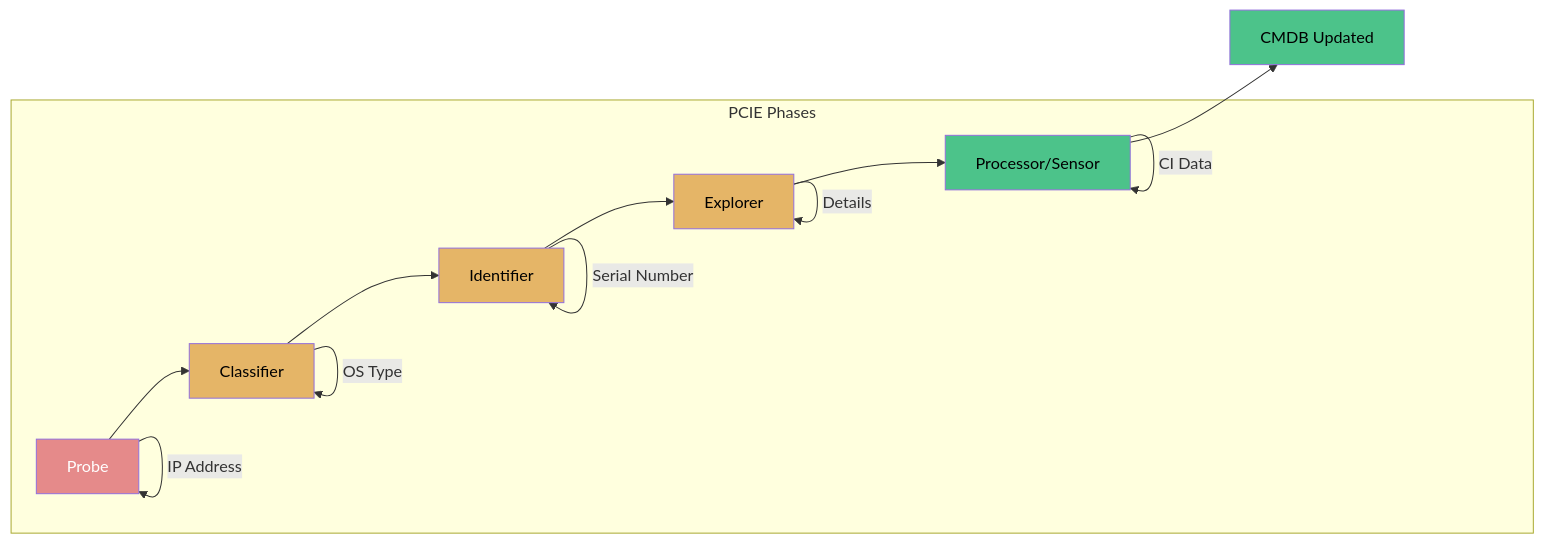
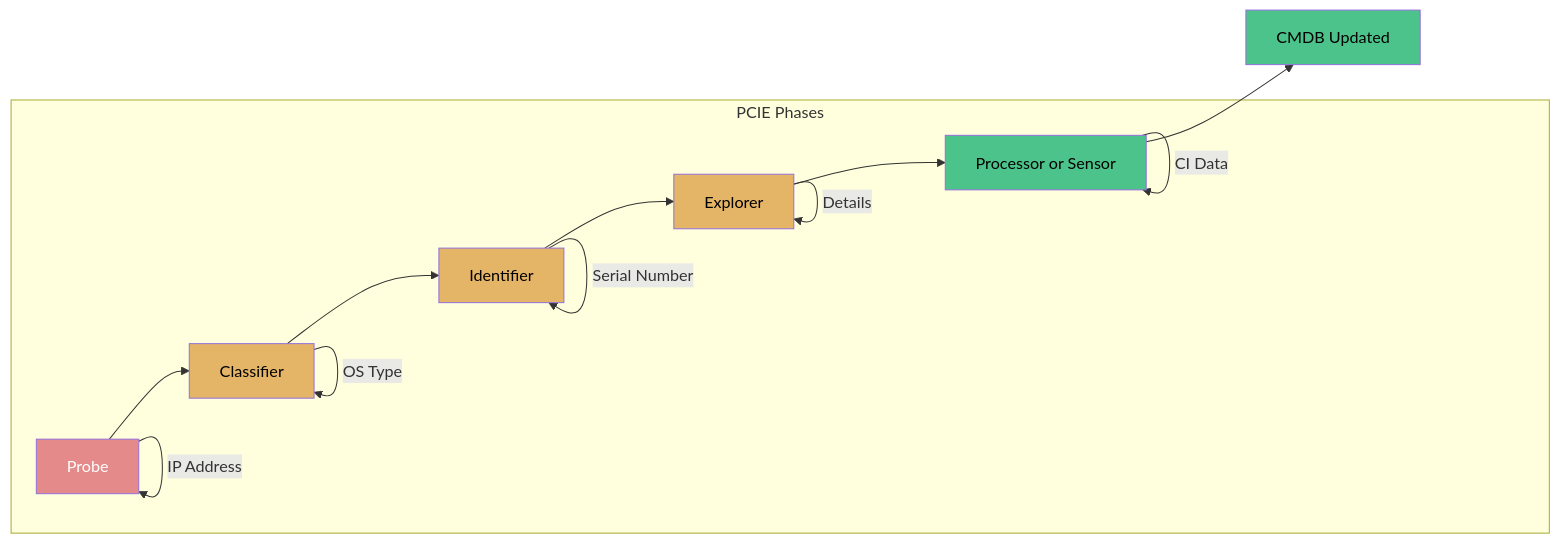
Before and after one commit to eltonaguiar/ServiceNow_Learning_TSOM-_CSM_FSM_SalesCRM_HAM_ITSM: the second of 5 diagrams in docs/modules/itom/itom-guide.md, drawn with Mermaid. The commit also changed other lines of this file and 19 other files, not shown here.

First line of the commit message:
Fix Mermaid diagram syntax errors - replace problematic chars in text content only

````diff
--- a/docs/modules/itom/itom-guide.md
+++ b/docs/modules/itom/itom-guide.md
@@ -249,29 +249,29 @@
 ```mermaid
 flowchart LR
     A[Probe] --> B[Classifier]
     B --> C[Identifier]
     C --> D[Explorer]
-    D --> E[Processor/Sensor]
+    D --> E[Processor or Sensor]
     E --> F[CMDB Updated]
     
     A -->|IP Address| A
     B -->|OS Type| B
     C -->|Serial Number| C
     D -->|Details| D
     E -->|CI Data| E
     
     style A fill:#e58a8a,color:#fff
     style B fill:#e5b567,color:#000
     style C fill:#e5b567,color:#000
     style D fill:#e5b567,color:#000
     style E fill:#4cc38a,color:#000
     style F fill:#4cc38a,color:#000
     
     subgraph "PCIE Phases"
     A
     B
     C
     D
     E
     end
 ```
````
